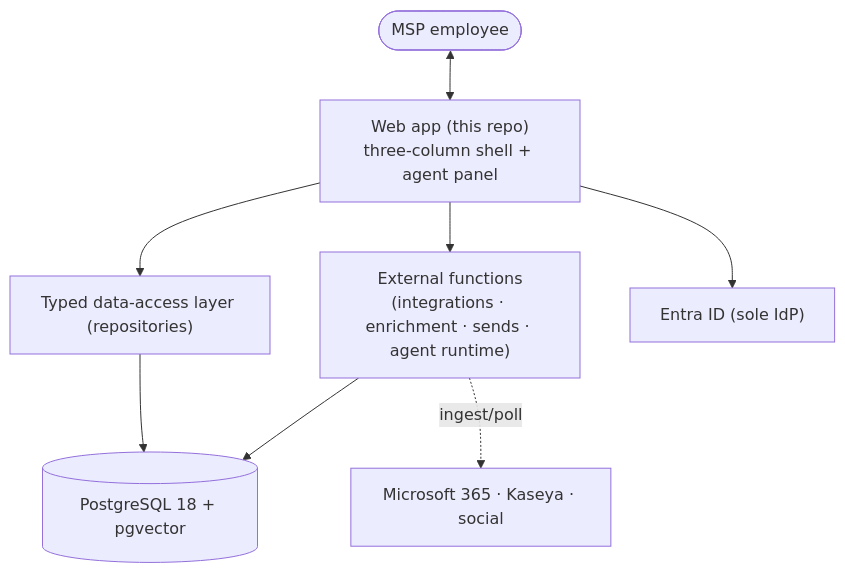
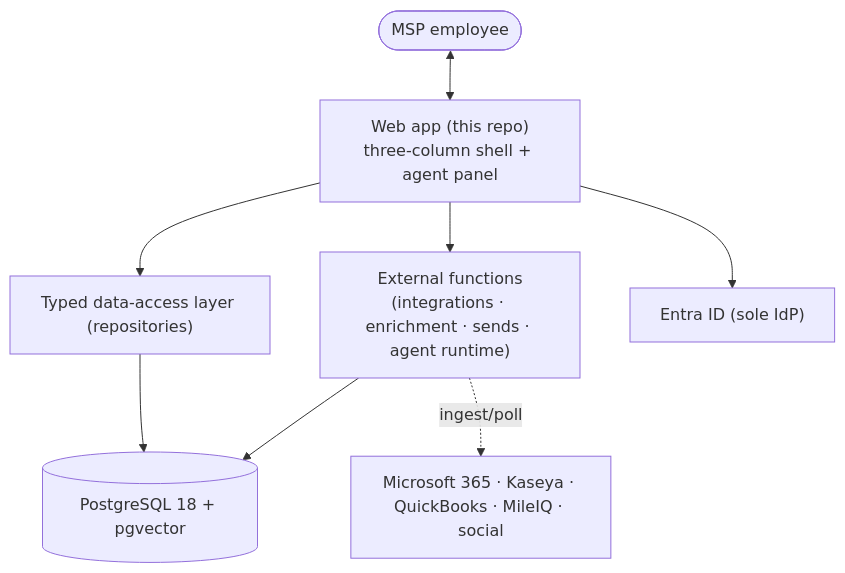
One commit to markdconnelly/ImperionCRM changed the first of 2 diagrams in docs/architecture/README.md. Above: the diagram before and after it, drawn with Mermaid. The commit also changed other lines of this file and 10 other files, not shown here.

First line of the commit message:
docs: refresh architecture docs to current state (Imperion Business Manager) (#772)

````diff
--- a/docs/architecture/README.md
+++ b/docs/architecture/README.md
@@ -9,10 +21,10 @@
 ```mermaid
 flowchart TB
     USER(["MSP employee"]) <--> APP["Web app (this repo)<br/>three-column shell + agent panel"]
     APP --> DAL["Typed data-access layer (repositories)"]
     DAL --> PG[("PostgreSQL 18 + pgvector")]
     APP --> EXT["External functions<br/>(integrations · enrichment · sends · agent runtime)"]
     EXT --> PG
-    EXT -. ingest/poll .-> M365["Microsoft 365 · Kaseya · social"]
+    EXT -. ingest/poll .-> SRC["Microsoft 365 · Kaseya · QuickBooks · MileIQ · social"]
     APP --> ENTRA["Entra ID (sole IdP)"]
 ```
````
